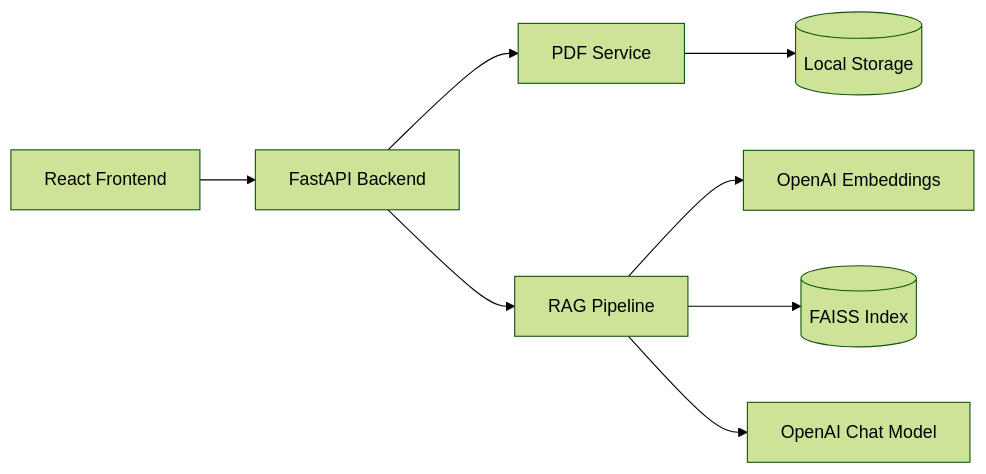
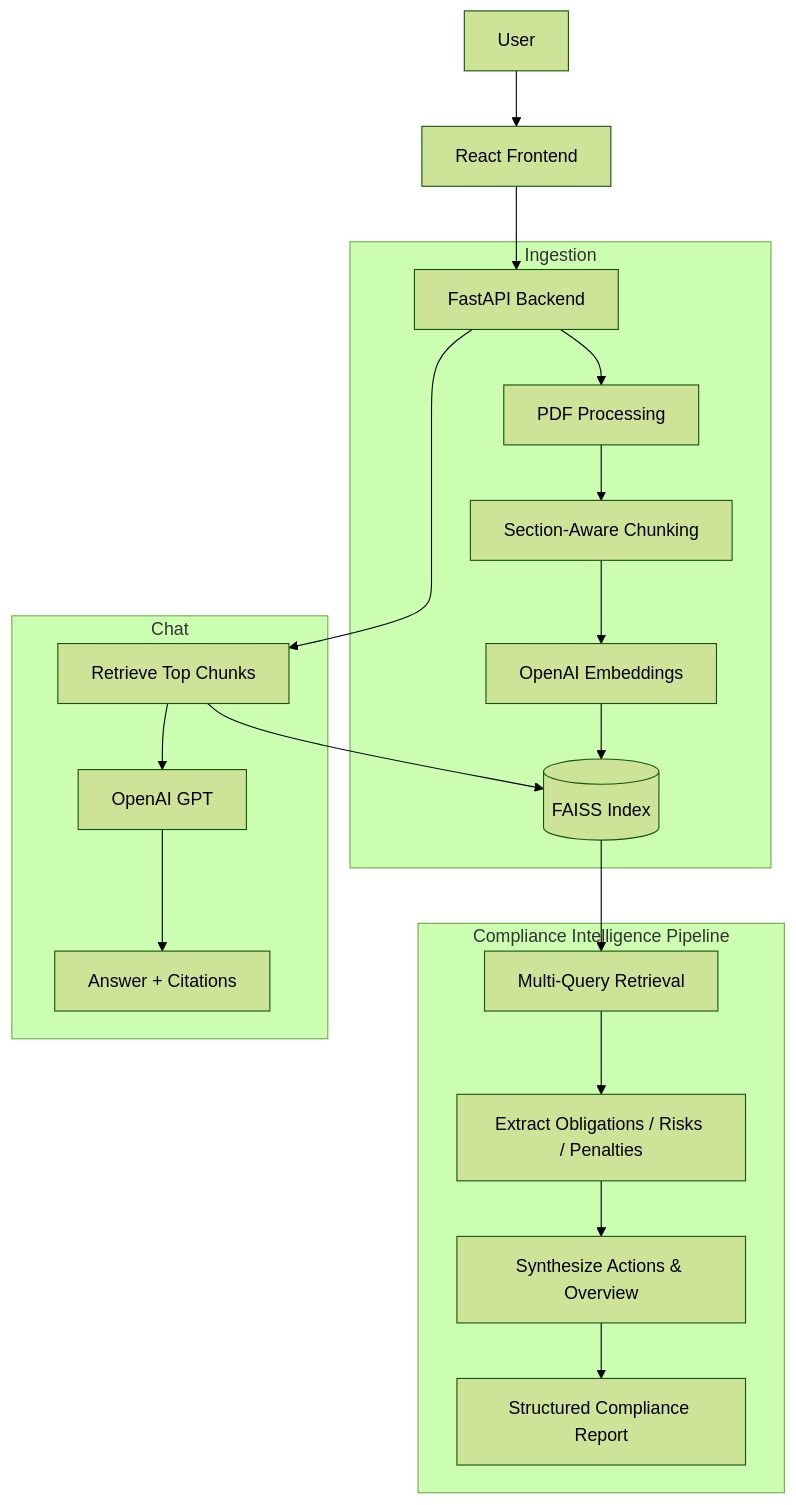
One commit to aatishuser1/compliance-copilot changed the diagram in README.md. Above: the diagram before and after it, drawn with Mermaid (forest theme). The commit also changed other lines of this file and 11 other files, not shown here.

````diff
--- a/README.md
+++ b/README.md
@@ -7,10 +17,26 @@
 ```mermaid
-flowchart LR
-    UI[React Frontend] --> API[FastAPI Backend]
-    API --> PDF[PDF Service]
-    API --> RAG[RAG Pipeline]
-    PDF --> Storage[(Local Storage)]
-    RAG --> Embed[OpenAI Embeddings]
-    RAG --> FAISS[(FAISS Index)]
-    RAG --> LLM[OpenAI Chat Model]
+flowchart TB
+    User --> Frontend[React Frontend]
+    Frontend --> API[FastAPI Backend]
+
+    subgraph Ingestion
+        API --> PDF[PDF Processing]
+        PDF --> Chunk[Section-Aware Chunking]
+        Chunk --> Embed[OpenAI Embeddings]
+        Embed --> FAISS[(FAISS Index)]
+    end
+
+    subgraph ComplianceIntelligence["Compliance Intelligence Pipeline"]
+        FAISS --> MultiQuery[Multi-Query Retrieval]
+        MultiQuery --> Extract[Extract Obligations / Risks / Penalties]
+        Extract --> Synthesize[Synthesize Actions & Overview]
+        Synthesize --> Report[Structured Compliance Report]
+    end
+
+    subgraph Chat
+        API --> Retrieve[Retrieve Top Chunks]
+        Retrieve --> FAISS
+        Retrieve --> LLM[OpenAI GPT]
+        LLM --> Answer[Answer + Citations]
+    end
 ```
````
